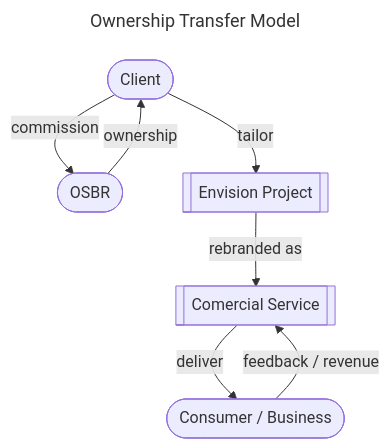
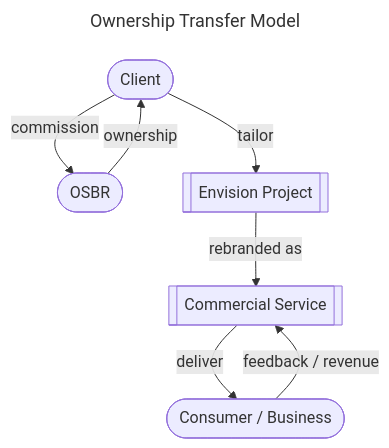
The fifth of 5 diagrams in doc/strategy.md (osbrjp/handbook), drawn with Mermaid before and after one commit. The commit also changed other lines of this file, not shown here.

````diff
--- a/doc/strategy.md
+++ b/doc/strategy.md
@@ -117,12 +117,12 @@
 ```mermaid
 ---
 title: Ownership Transfer Model
 ---
 graph TB;
     C([Client]) -- "commission" --> OSBR([OSBR]);
     OSBR([OSBR]) -- "ownership"  --> C
-    IHSES[[Envision Project]] -- "rebranded as" --> CS[[Comercial Service]];
+    IHSES[[Envision Project]] -- "rebranded as" --> CS[[Commercial Service]];
     C -- "tailor" --> IHSES;
     CS -- "deliver" --> CB([Consumer / Business]);
     CB -- "feedback / revenue" --> CS;
 ```
````
